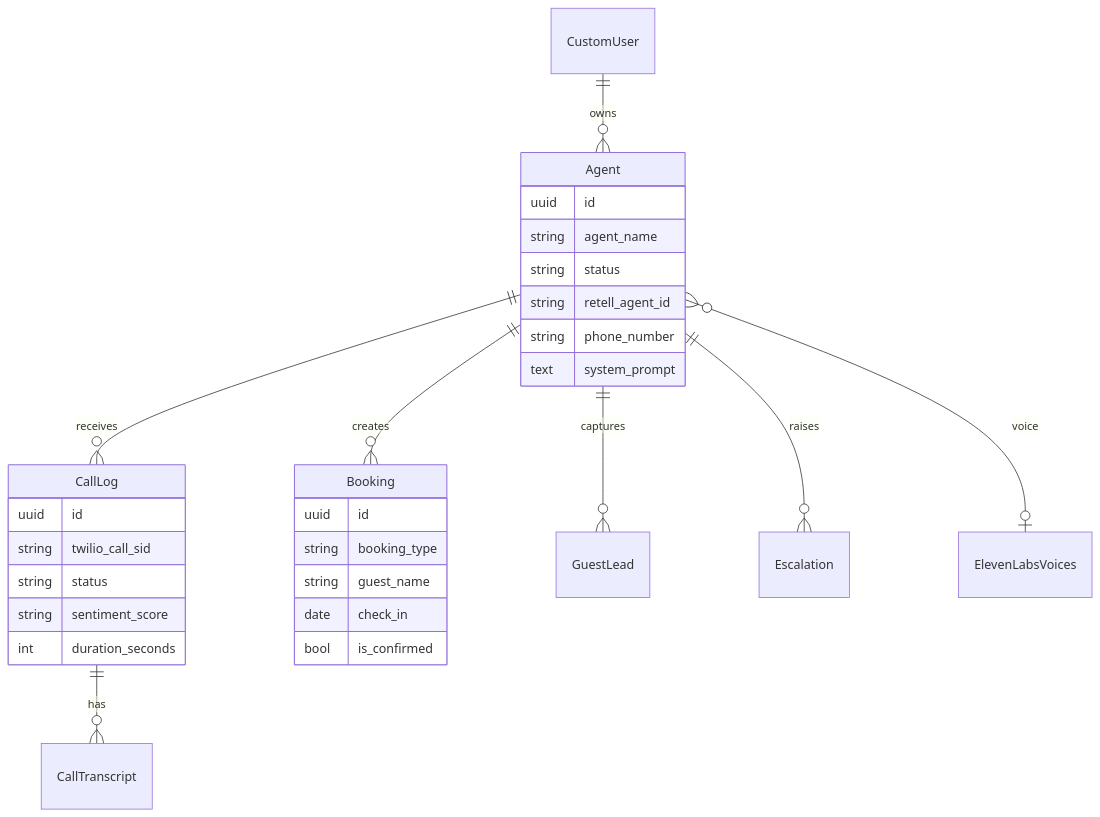
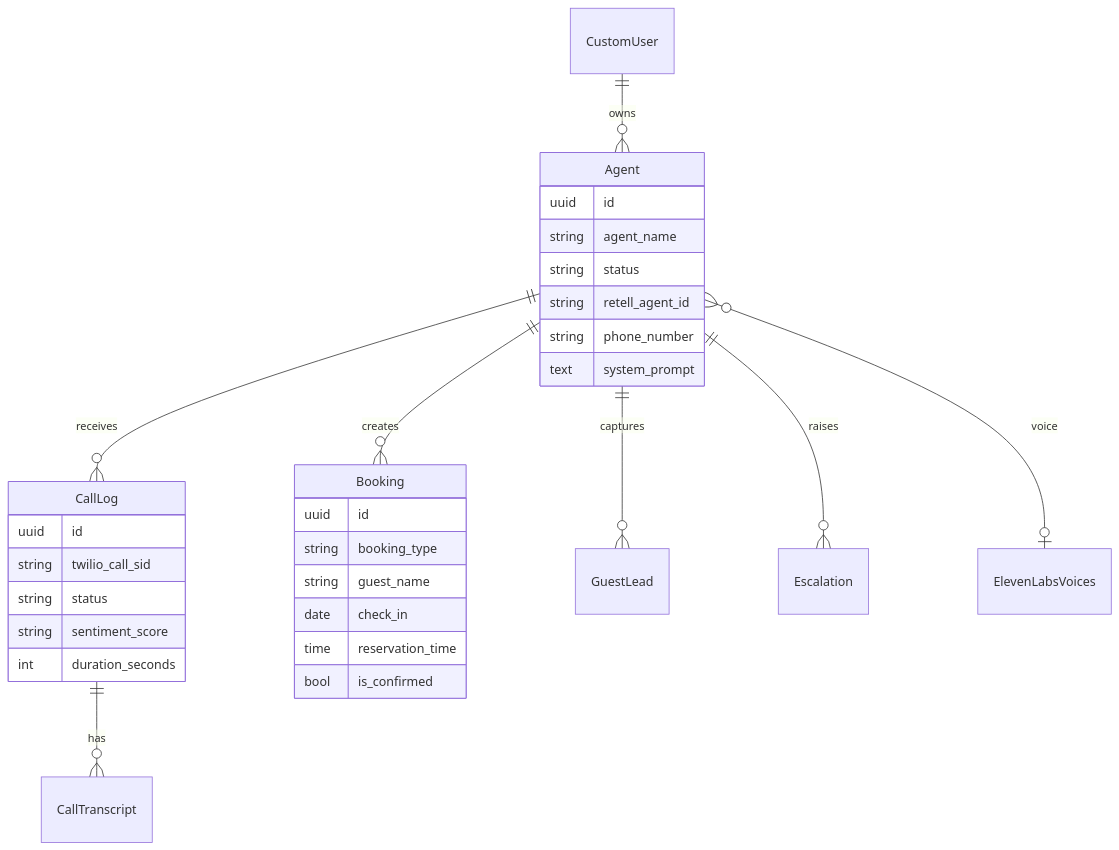
The third of 4 diagrams in README.md (karan-chandel-asc/ai-voice-agent-platform), drawn with Mermaid before and after one commit. The commit also changed other lines of this file and 24 other files, not shown here.

````diff
--- a/README.md
+++ b/README.md
@@ -164,33 +172,34 @@
 ```mermaid
 erDiagram
   CustomUser ||--o{ Agent : owns
   Agent ||--o{ CallLog : receives
   Agent ||--o{ Booking : creates
   Agent ||--o{ GuestLead : captures
   Agent ||--o{ Escalation : raises
   CallLog ||--o{ CallTranscript : has
   Agent }o--o| ElevenLabsVoices : voice
 
   Agent {
     uuid id
     string agent_name
     string status
     string retell_agent_id
     string phone_number
     text system_prompt
   }
   Booking {
     uuid id
     string booking_type
     string guest_name
     date check_in
+    time reservation_time
     bool is_confirmed
   }
   CallLog {
     uuid id
     string twilio_call_sid
     string status
     string sentiment_score
     int duration_seconds
   }
 ```
````
